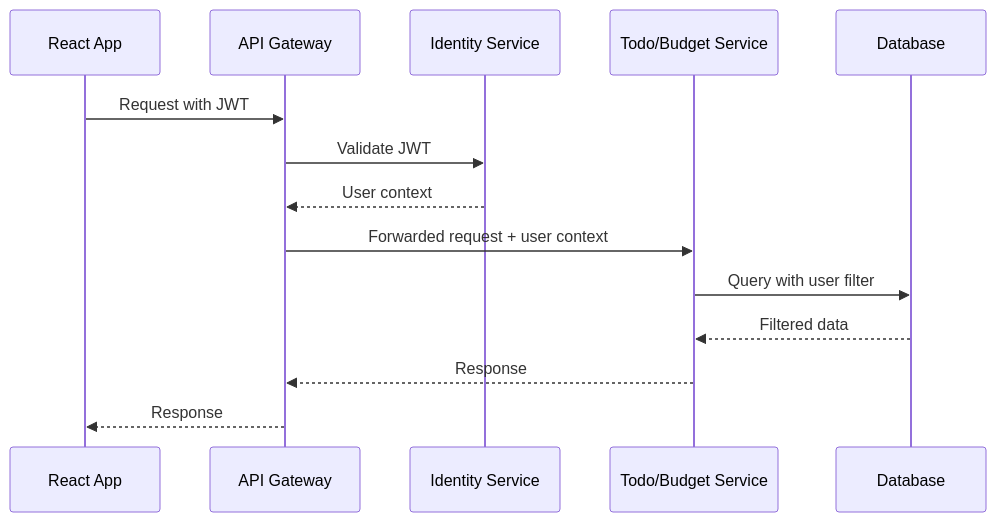
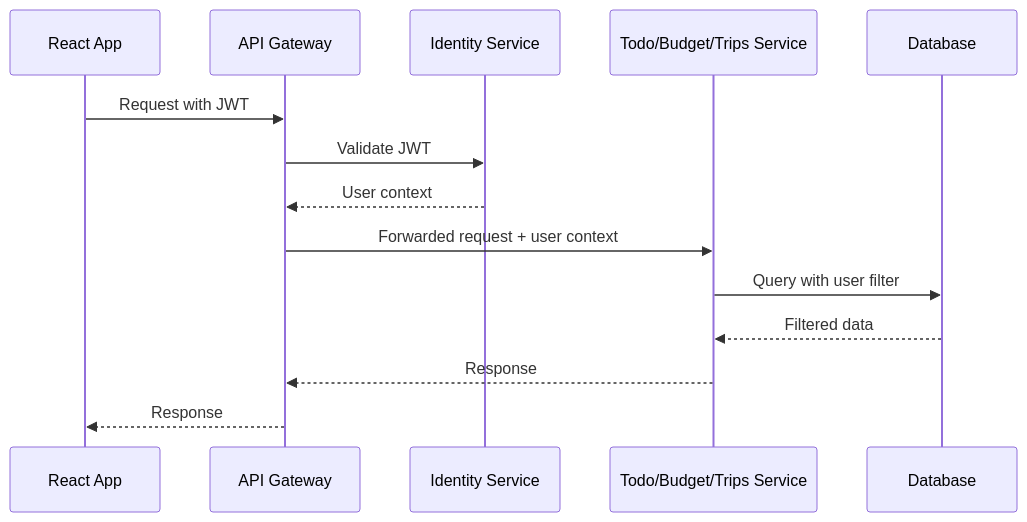
Before and after one commit to kjaworski/HomeManager: the second of 2 diagrams in docs/architecture/system-overview.md, drawn with Mermaid. The commit also changed other lines of this file and 4 other files, not shown here.

First line of the commit message:
feat: Add Trips Planner Service with AI-powered travel suggestions and itinerary management

````diff
--- a/docs/architecture/system-overview.md
+++ b/docs/architecture/system-overview.md
@@ -395,17 +467,17 @@
 ```mermaid
 sequenceDiagram
     participant Client as React App
     participant Gateway as API Gateway
     participant Identity as Identity Service
-    participant Service as Todo/Budget Service
+    participant Service as Todo/Budget/Trips Service
     participant DB as Database
     
     Client->>Gateway: Request with JWT
     Gateway->>Identity: Validate JWT
     Identity-->>Gateway: User context
     Gateway->>Service: Forwarded request + user context
     Service->>DB: Query with user filter
     DB-->>Service: Filtered data
     Service-->>Gateway: Response
     Gateway-->>Client: Response
 ```
````
